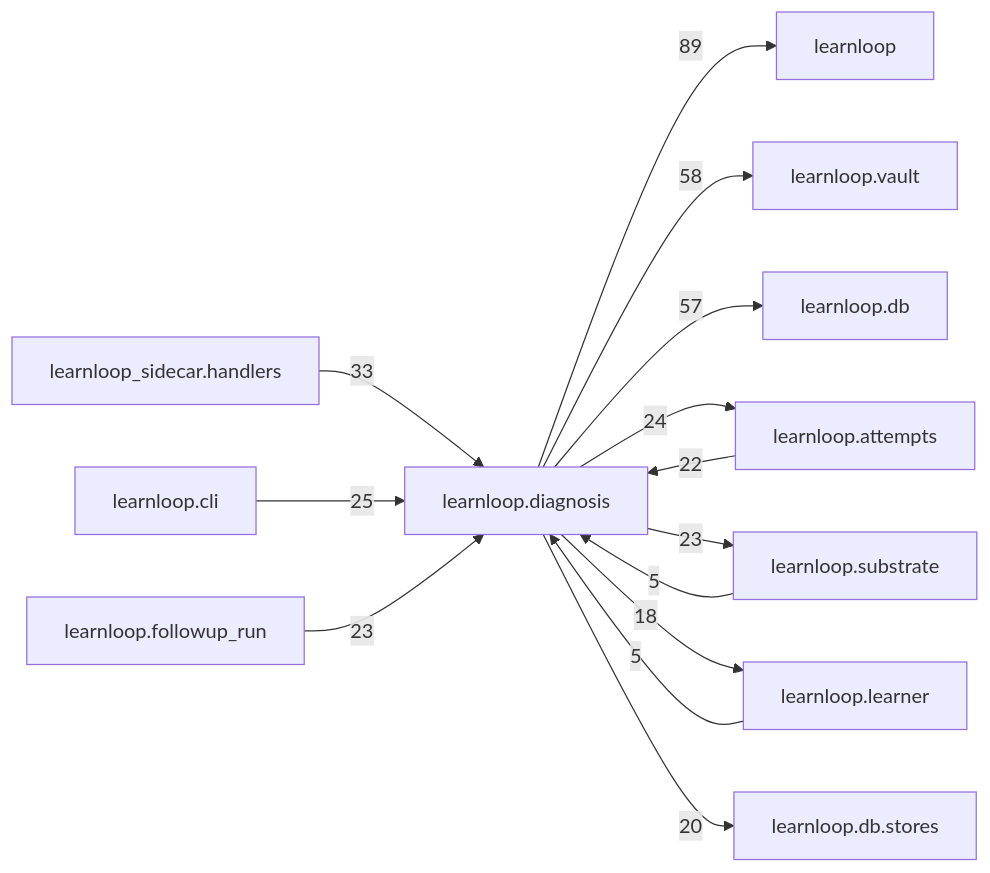
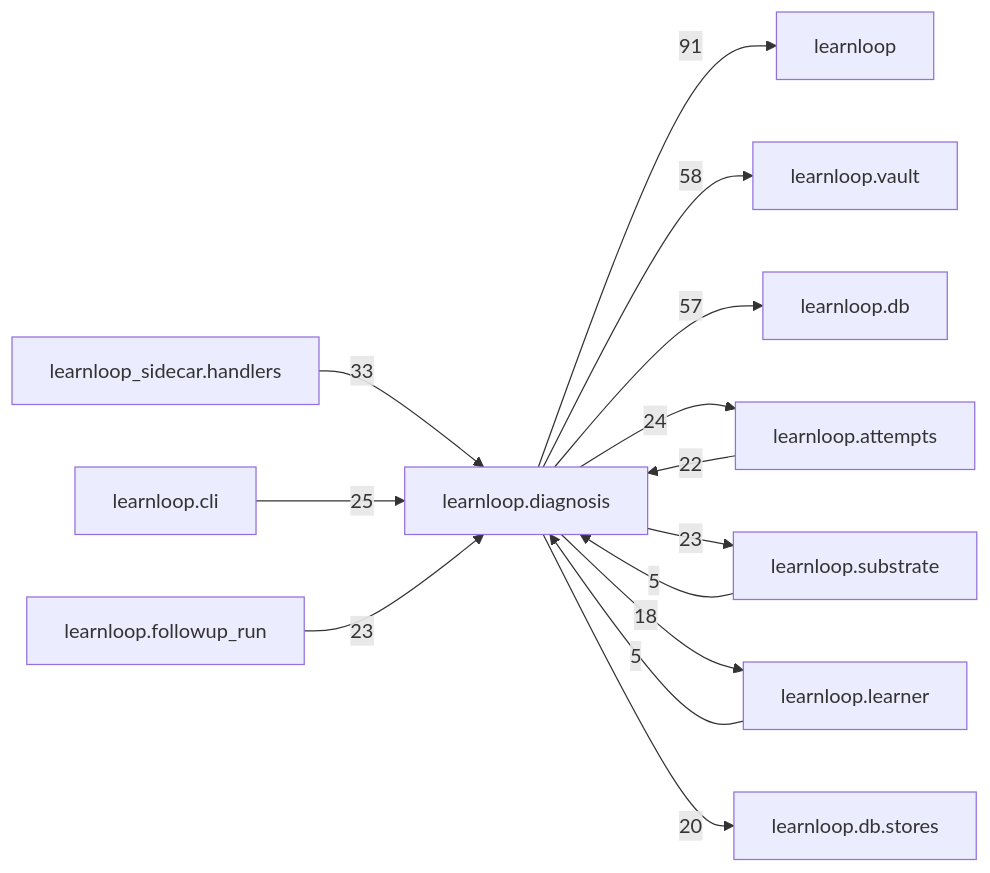
The diagram in docs/learnloop-architecture-vault/Reference/Modules/learnloop/diagnosis/_package.md (6up-b/learnanything), drawn with Mermaid before and after one commit. The commit also changed other lines of this file and 95 other files, not shown here.

````diff
--- a/docs/learnloop-architecture-vault/Reference/Modules/learnloop/diagnosis/_package.md
+++ b/docs/learnloop-architecture-vault/Reference/Modules/learnloop/diagnosis/_package.md
@@ -257,27 +261,27 @@
 ```mermaid
 flowchart LR
     center["learnloop.diagnosis"]
     n_learnloop["learnloop"]
     n_learnloop_vault["learnloop.vault"]
     n_learnloop_db["learnloop.db"]
     n_learnloop_attempts["learnloop.attempts"]
     n_learnloop_sidecar_handlers["learnloop_sidecar.handlers"]
     n_learnloop_substrate["learnloop.substrate"]
     n_learnloop_cli["learnloop.cli"]
     n_learnloop_followup_run["learnloop.followup_run"]
     n_learnloop_learner["learnloop.learner"]
     n_learnloop_db_stores["learnloop.db.stores"]
-    center -->|89| n_learnloop
+    center -->|91| n_learnloop
     center -->|58| n_learnloop_vault
     center -->|57| n_learnloop_db
     n_learnloop_attempts -->|22| center
     center -->|24| n_learnloop_attempts
     n_learnloop_sidecar_handlers -->|33| center
     n_learnloop_substrate -->|5| center
     center -->|23| n_learnloop_substrate
     n_learnloop_cli -->|25| center
     n_learnloop_followup_run -->|23| center
     n_learnloop_learner -->|5| center
     center -->|18| n_learnloop_learner
     center -->|20| n_learnloop_db_stores
 ```
````
